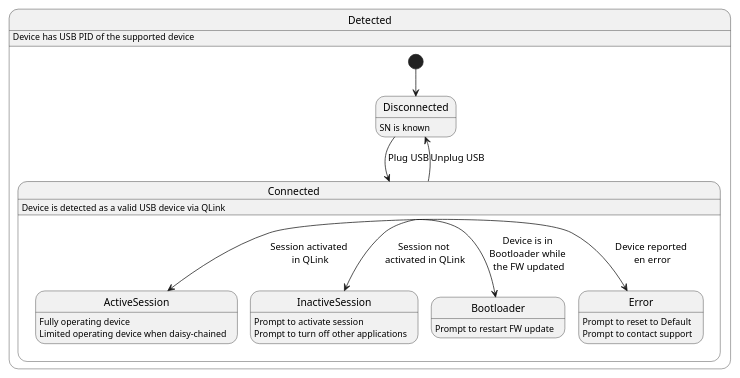
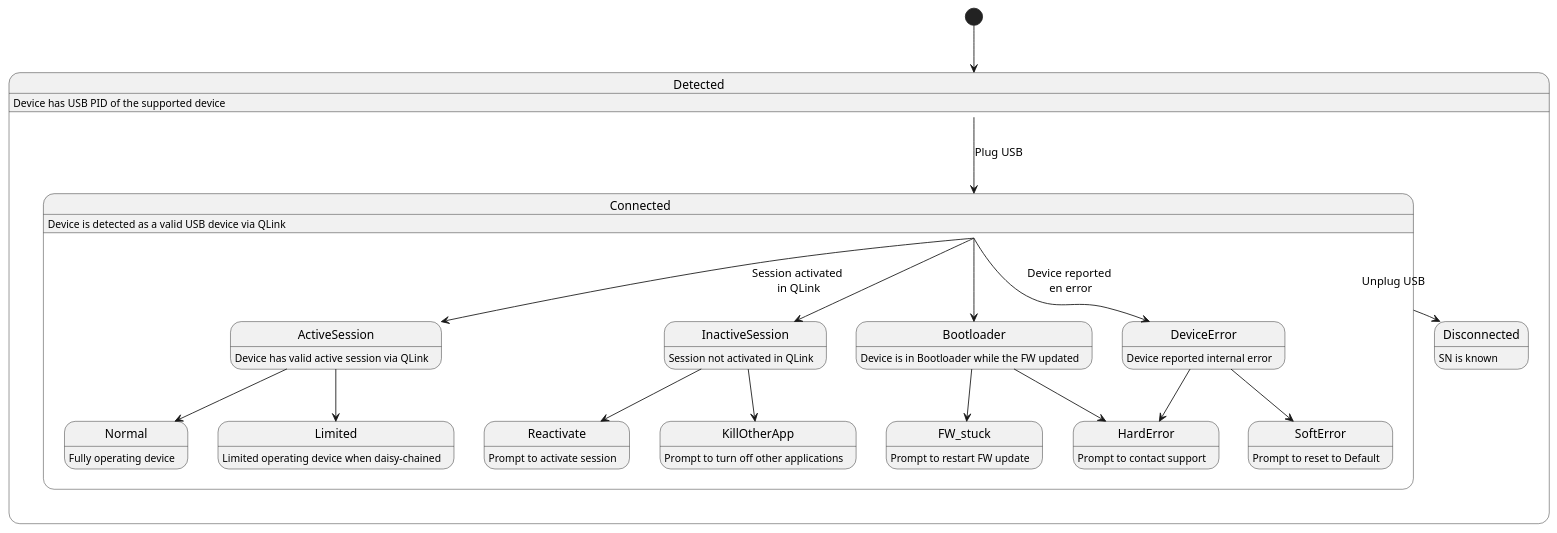
The diagram in UML/device_statuses_physical.puml (Headruner/UML-snippets), drawn with PlantUML before and after one commit.

Commit message:
device states extended

```diff
--- a/UML/device_statuses_physical.puml
+++ b/UML/device_statuses_physical.puml
@@ -1,25 +1,38 @@
 @startuml
-scale 850 width
+
+  [*] --> Detected
+
 state Detected {
   Detected: Device has USB PID of the supported device
-  [*] --> Disconnected
   Disconnected: SN is known
-  Disconnected --> Connected : Plug USB
+  Detected --> Connected : Plug USB
   Connected --> Disconnected : Unplug USB
 }
 
 state Connected {
   Connected --> ActiveSession : Session activated \nin QLink
-  ActiveSession : Fully operating device
-  ActiveSession : Limited operating device when daisy-chained
+  ActiveSession --> Normal
+  ActiveSession : Device has valid active session via QLink
+  Normal : Fully operating device
+  ActiveSession --> Limited
+  Limited: Limited operating device when daisy-chained
   Connected : Device is detected as a valid USB device via QLink
-  Connected --> InactiveSession : Session not \nactivated in QLink
-  InactiveSession : Prompt to activate session
-  InactiveSession : Prompt to turn off other applications
-  Connected --> Bootloader : Device is in \nBootloader while \nthe FW updated
-  Bootloader : Prompt to restart FW update
-  Connected --> Error : Device reported \nen error
-  Error : Prompt to reset to Default
-  Error : Prompt to contact support
+  Connected --> InactiveSession
+  InactiveSession : Session not activated in QLink
+  InactiveSession --> Reactivate
+  Reactivate :Prompt to activate session
+  InactiveSession --> KillOtherApp
+  KillOtherApp : Prompt to turn off other applications
+  Connected --> Bootloader
+  Bootloader : Device is in Bootloader while the FW updated
+  Bootloader --> FW_stuck
+  Bootloader --> HardError
+  FW_stuck : Prompt to restart FW update
+  Connected --> DeviceError : Device reported \nen error
+  DeviceError --> SoftError
+  DeviceError : Device reported internal error
+  SoftError : Prompt to reset to Default
+  DeviceError --> HardError
+  HardError : Prompt to contact support
 }
 @enduml
```
